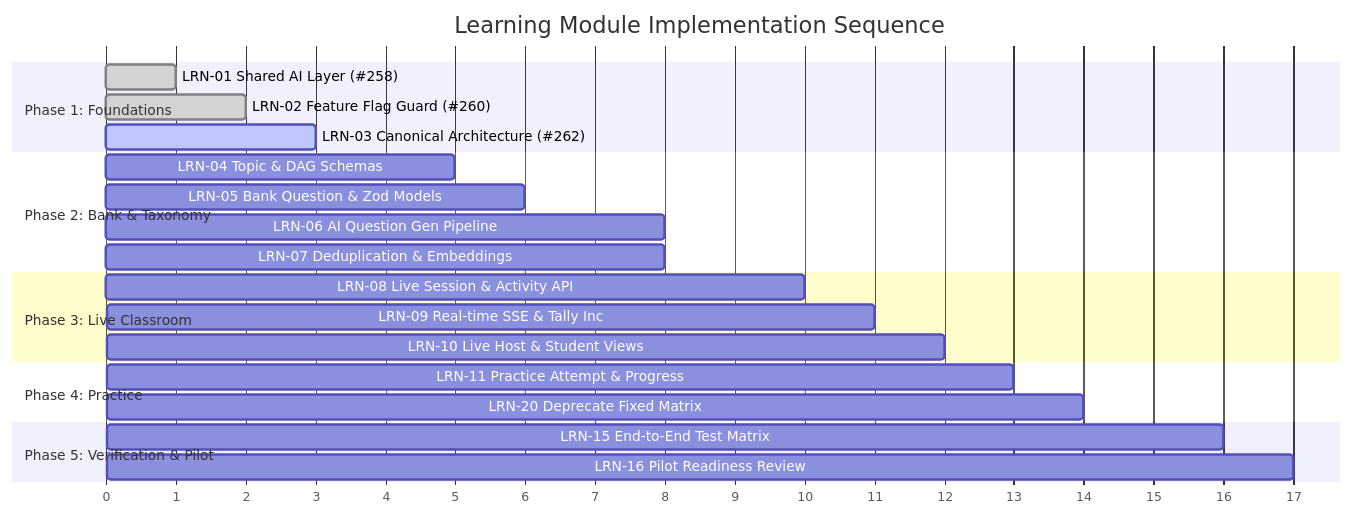
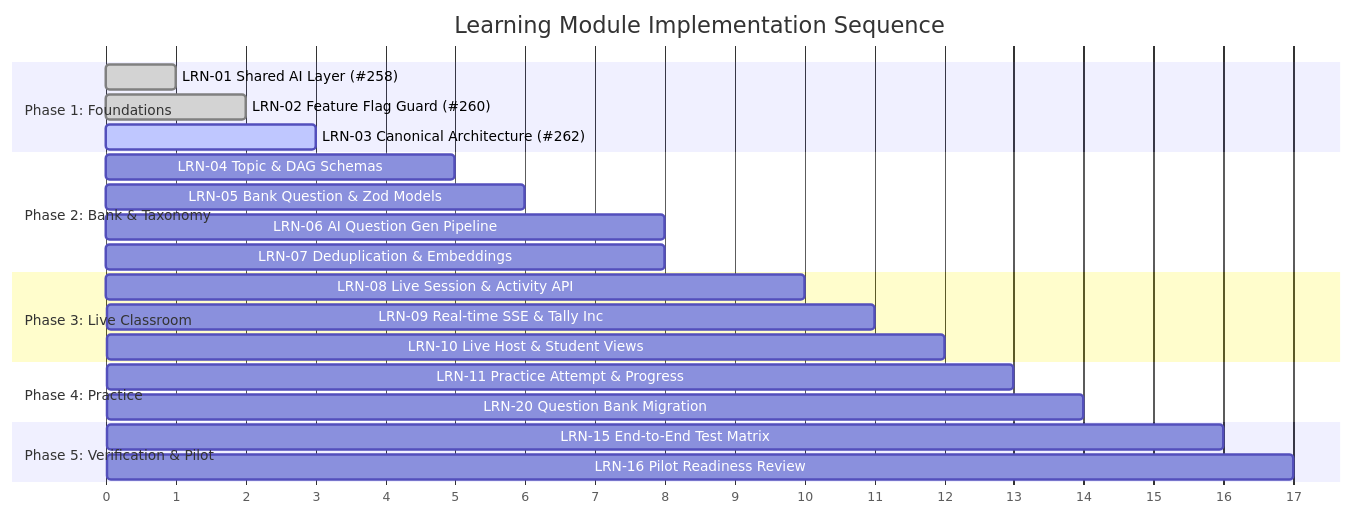
One commit to Aarathi1535/assignment_evaluation-IIIT-Hyd changed the ninth of 9 diagrams in docs/learning-module.md. Above: the diagram before and after it, drawn with Mermaid. The commit also changed other lines of this file, not shown here.

````diff
--- a/docs/learning-module.md
+++ b/docs/learning-module.md
@@ -701,30 +719,30 @@
 ```mermaid
 gantt
     title Learning Module Implementation Sequence
     dateFormat  X
     axisFormat %s
 
     section Phase 1: Foundations
     LRN-01 Shared AI Layer (#258)       :done, p1, 0, 1
     LRN-02 Feature Flag Guard (#260)     :done, p2, 1, 2
     LRN-03 Canonical Architecture (#262):active, p3, 2, 3
 
     section Phase 2: Bank & Taxonomy
     LRN-04 Topic & DAG Schemas          :p4, 3, 5
     LRN-05 Bank Question & Zod Models   :p5, 4, 6
     LRN-06 AI Question Gen Pipeline     :p6, 5, 8
     LRN-07 Deduplication & Embeddings   :p7, 6, 8
 
     section Phase 3: Live Classroom
     LRN-08 Live Session & Activity API  :p8, 8, 10
     LRN-09 Real-time SSE & Tally Inc    :p9, 9, 11
     LRN-10 Live Host & Student Views    :p10, 10, 12
 
     section Phase 4: Practice
     LRN-11 Practice Attempt & Progress  :p11, 11, 13
-    LRN-20 Deprecate Fixed Matrix       :p12, 12, 14
+    LRN-20 Question Bank Migration      :p12, 12, 14
 
     section Phase 5: Verification & Pilot
     LRN-15 End-to-End Test Matrix       :p13, 14, 16
     LRN-16 Pilot Readiness Review       :p14, 15, 17
 ```
````
